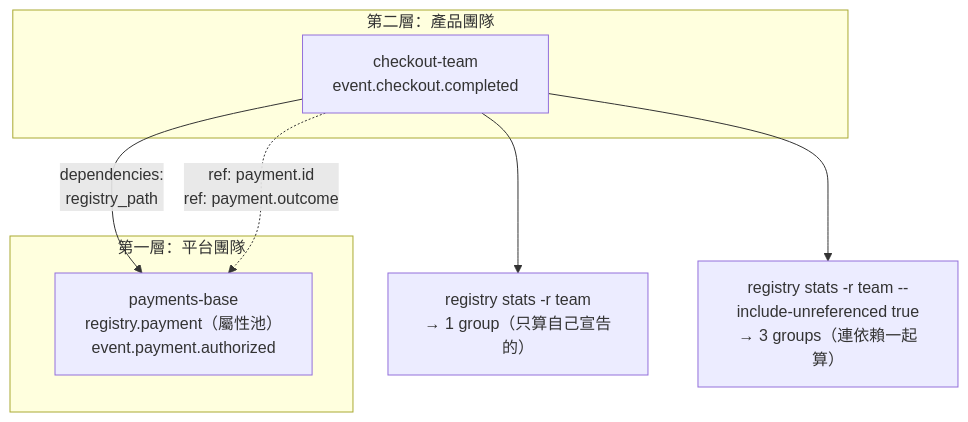
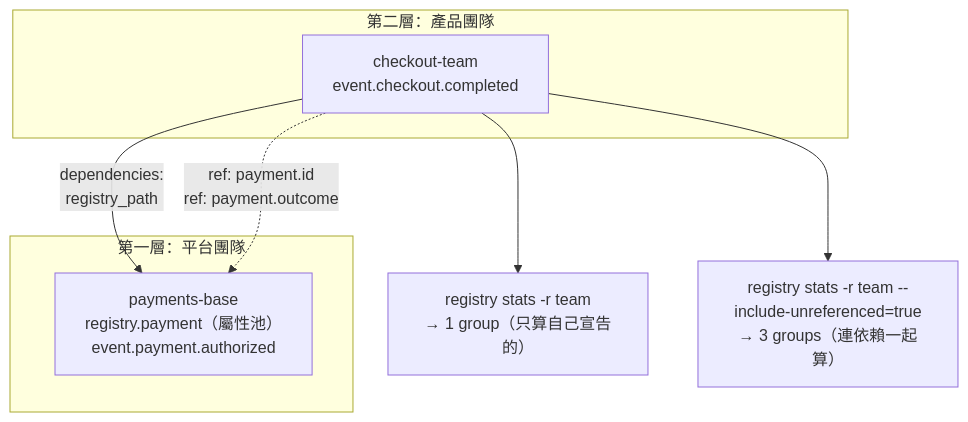
The diagram in weaver-demo/ironman-2026/day08.md (tedmax100/o11y-bench), drawn with Mermaid before and after one commit. The commit also changed other lines of this file and 7 other files, not shown here.

First line of the commit message:
docs(weaver-demo): cover weaver 0.25.0, expand Day5's schema walkthrough

````diff
--- a/weaver-demo/ironman-2026/day08.md
+++ b/weaver-demo/ironman-2026/day08.md
@@ -128,16 +138,16 @@
 ```mermaid
 flowchart TB
     subgraph L1["第一層：平台團隊"]
       B["payments-base<br/>registry.payment（屬性池）<br/>event.payment.authorized"]
     end
     subgraph L2["第二層：產品團隊"]
       T["checkout-team<br/>event.checkout.completed"]
     end
     T -->|"dependencies:<br/>registry_path"| B
     T -.->|"ref: payment.id<br/>ref: payment.outcome"| B
 
     S1["registry stats -r team<br/>→ 1 group（只算自己宣告的）"]
-    S2["registry stats -r team --include-unreferenced true<br/>→ 3 groups（連依賴一起算）"]
+    S2["registry stats -r team --include-unreferenced=true<br/>→ 3 groups（連依賴一起算）"]
     T --> S1
     T --> S2
 ```
````
